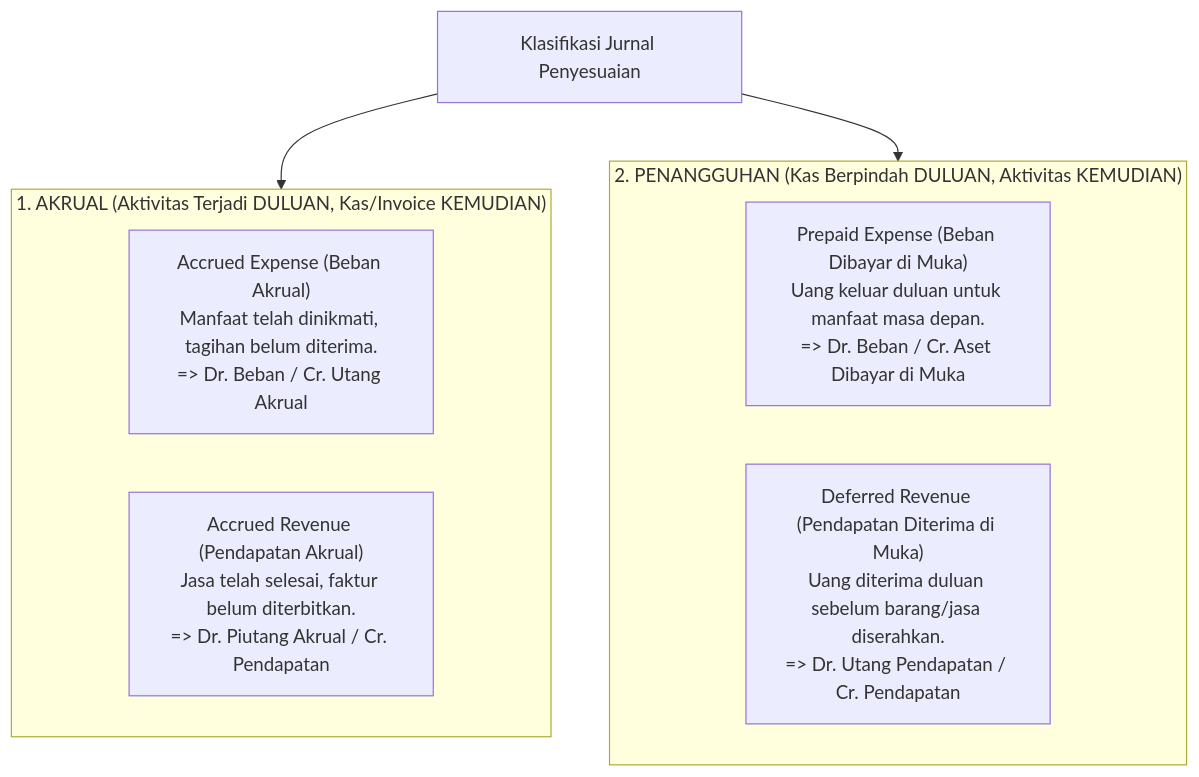
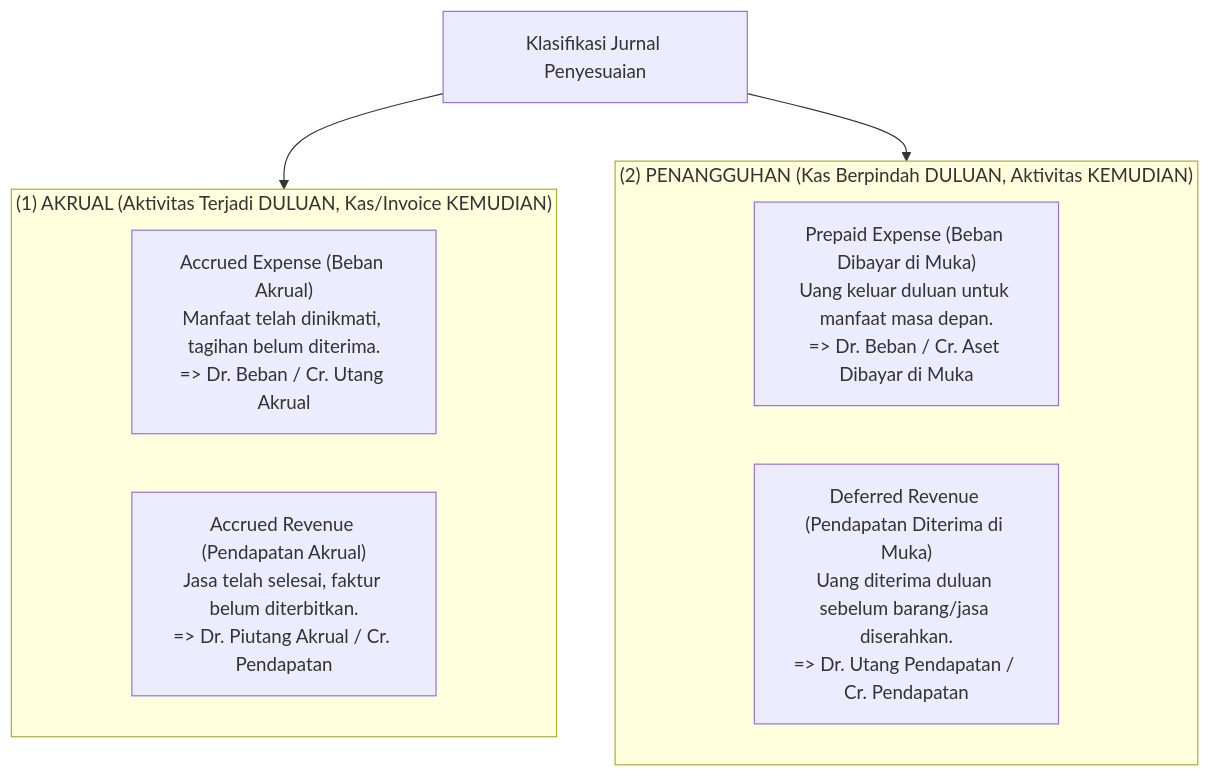
Before and after one commit to alimurrofid/erp-notes: the first of 2 diagrams in content/02-accounting/accrual-and-adjusting-entries.md, drawn with Mermaid. The commit also changed 132 other files, not shown here.

````diff
--- a/content/02-accounting/accrual-and-adjusting-entries.md
+++ b/content/02-accounting/accrual-and-adjusting-entries.md
@@ -19,17 +19,17 @@
 ```mermaid
 flowchart TD
     Adj["Klasifikasi Jurnal Penyesuaian"]
     
-    subgraph Accruals["1. AKRUAL (Aktivitas Terjadi DULUAN, Kas/Invoice KEMUDIAN)"]
+    subgraph Accruals["(1) AKRUAL (Aktivitas Terjadi DULUAN, Kas/Invoice KEMUDIAN)"]
         AccExp["Accrued Expense (Beban Akrual)<br/>Manfaat telah dinikmati, tagihan belum diterima.<br/>=> Dr. Beban / Cr. Utang Akrual"]
         AccRev["Accrued Revenue (Pendapatan Akrual)<br/>Jasa telah selesai, faktur belum diterbitkan.<br/>=> Dr. Piutang Akrual / Cr. Pendapatan"]
     end
 
-    subgraph Deferrals["2. PENANGGUHAN (Kas Berpindah DULUAN, Aktivitas KEMUDIAN)"]
+    subgraph Deferrals["(2) PENANGGUHAN (Kas Berpindah DULUAN, Aktivitas KEMUDIAN)"]
         PrepExp["Prepaid Expense (Beban Dibayar di Muka)<br/>Uang keluar duluan untuk manfaat masa depan.<br/>=> Dr. Beban / Cr. Aset Dibayar di Muka"]
         DefRev["Deferred Revenue (Pendapatan Diterima di Muka)<br/>Uang diterima duluan sebelum barang/jasa diserahkan.<br/>=> Dr. Utang Pendapatan / Cr. Pendapatan"]
     end
 
     Adj --> Accruals
     Adj --> Deferrals
 ```
````
